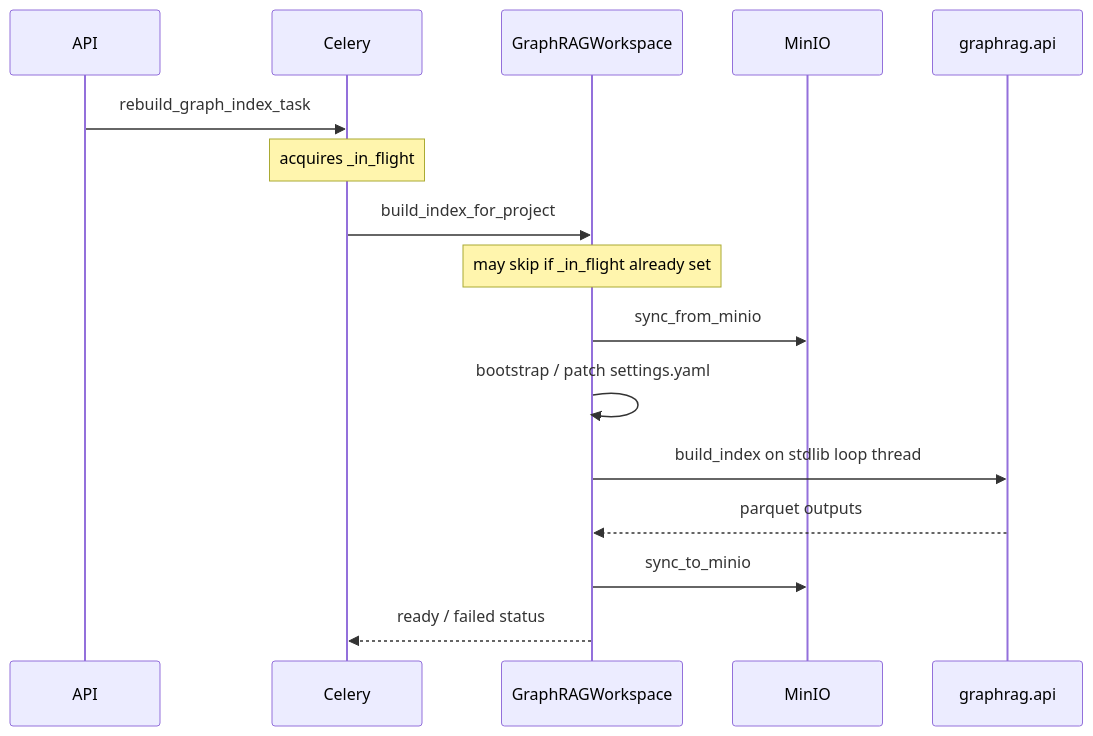
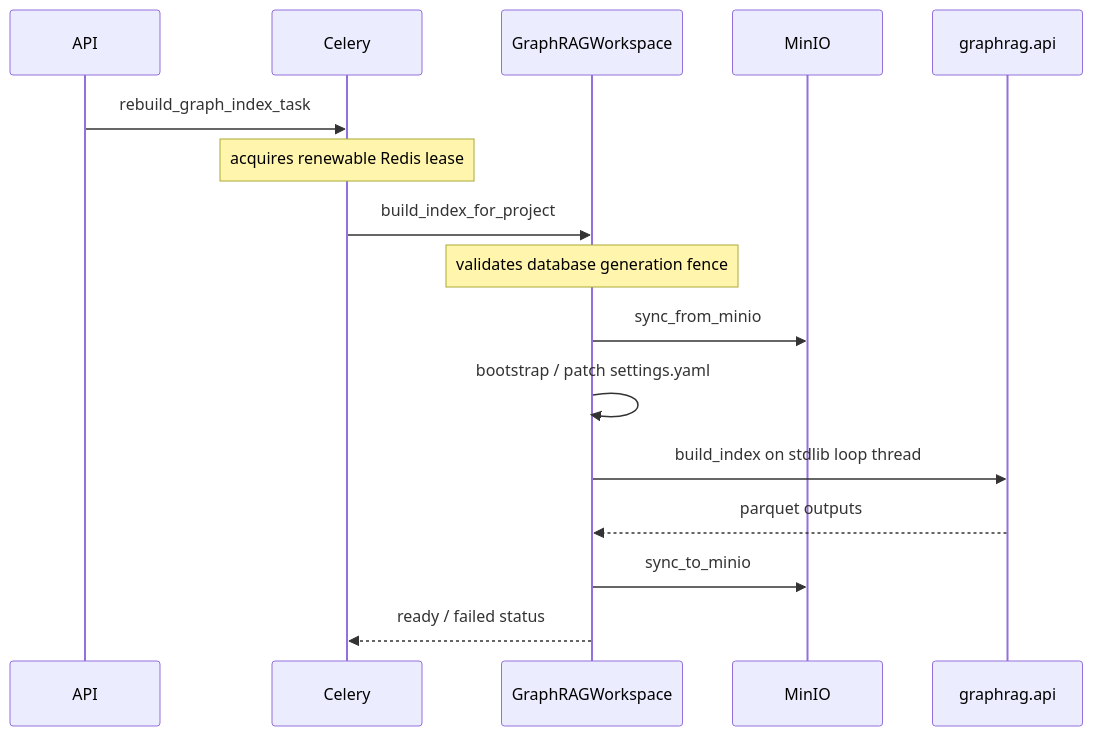
Before and after one commit to SKT27182/FlexSearch: the fourth of 5 diagrams in backend/docs/neo4j-graph-rag/README.md, drawn with Mermaid. The commit also changed other lines of this file and 177 other files, not shown here.

````diff
--- a/backend/docs/neo4j-graph-rag/README.md
+++ b/backend/docs/neo4j-graph-rag/README.md
@@ -793,19 +793,19 @@
 ```mermaid
 sequenceDiagram
   participant API
   participant Celery
   participant WS as GraphRAGWorkspace
   participant MinIO
   participant GR as graphrag.api
 
   API->>Celery: rebuild_graph_index_task
-  Note over Celery: acquires _in_flight
+  Note over Celery: acquires renewable Redis lease
   Celery->>WS: build_index_for_project
-  Note over WS: may skip if _in_flight already set
+  Note over WS: validates database generation fence
   WS->>MinIO: sync_from_minio
   WS->>WS: bootstrap / patch settings.yaml
   WS->>GR: build_index on stdlib loop thread
   GR-->>WS: parquet outputs
   WS->>MinIO: sync_to_minio
   WS-->>Celery: ready / failed status
 ```
````
